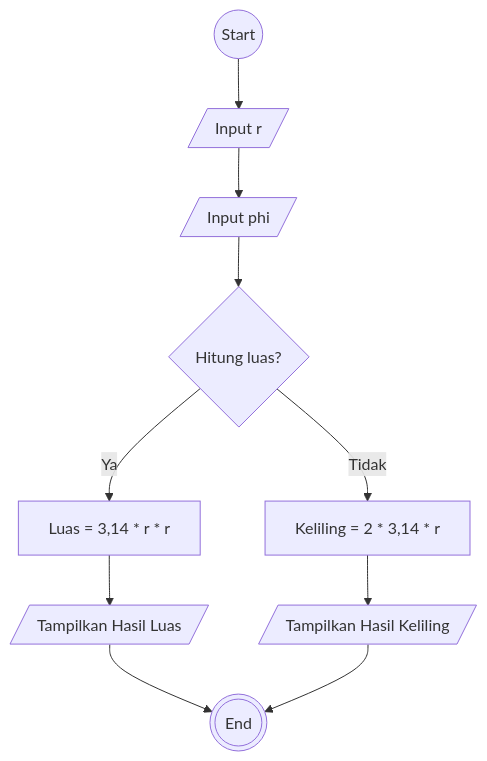
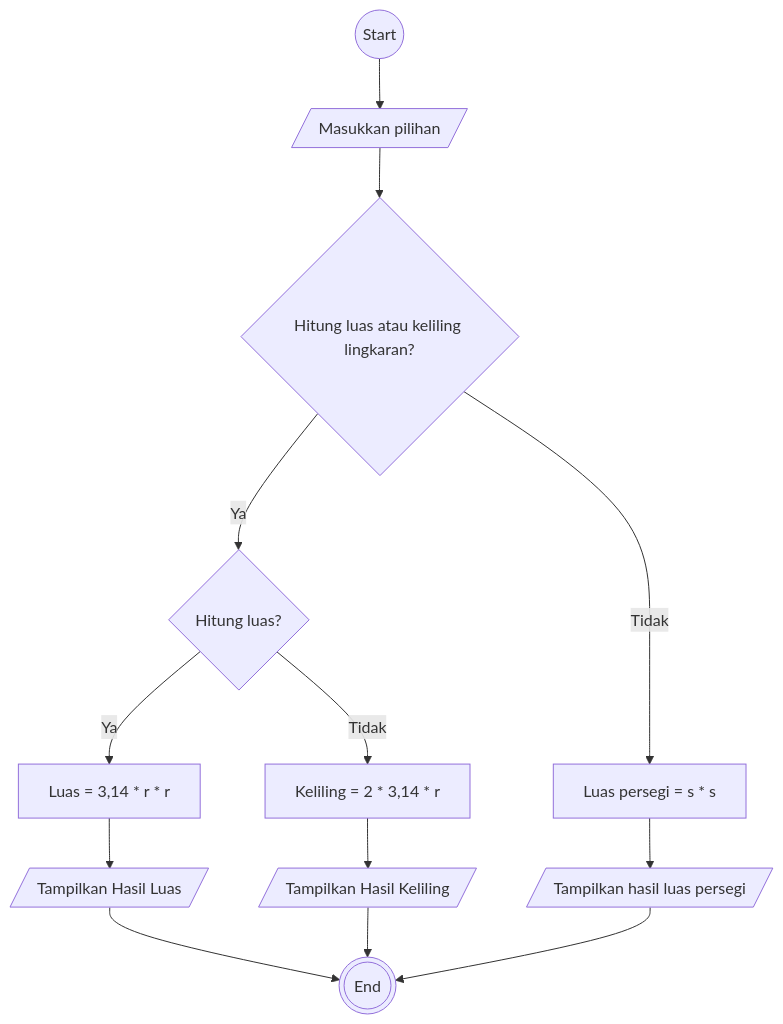
One commit to rizallk/koda-b1-javascript1 changed the diagram in koda-b1-javascript1-minitask1.md. Above: the diagram before and after it, drawn with Mermaid.

Commit message:
Update flowchart minitask 1

````diff
--- a/koda-b1-javascript1-minitask1.md
+++ b/koda-b1-javascript1-minitask1.md
@@ -3,17 +3,21 @@
 ```mermaid
 flowchart TD
-  1((Start)) -->
+  start((Start)) -->
 
-  2[/Input r/] -->
-  3[/Input phi/] -->
+  pilihan[/Masukkan pilihan/] -->
 
-  4{Hitung luas?}
-  4 --> |Ya| 5[Luas = 3,14 * r * r]
-  4 --> |Tidak| 6[Keliling = 2 * 3,14 * r]
+  if1{Hitung luas atau keliling lingkaran?}
+  if1 --> |Ya| if2{Hitung luas?}
+  if2 --> |Ya| 5[Luas = 3,14 * r * r]
+  if2 --> |Tidak| 6[Keliling = 2 * 3,14 * r]
+
+  if1 --> |Tidak| lp[Luas persegi = s * s]
+  lp --> printLp[/Tampilkan hasil luas persegi/]
 
   5 --> 7[/Tampilkan Hasil Luas/]
   6 --> 8[/Tampilkan Hasil Keliling/]
 
-  7 --> 9(((End)))
-  8 --> 9(((End)))
+  7 --> finish(((End)))
+  8 --> finish(((End)))
+  printLp --> finish(((End)))
 ```
````
